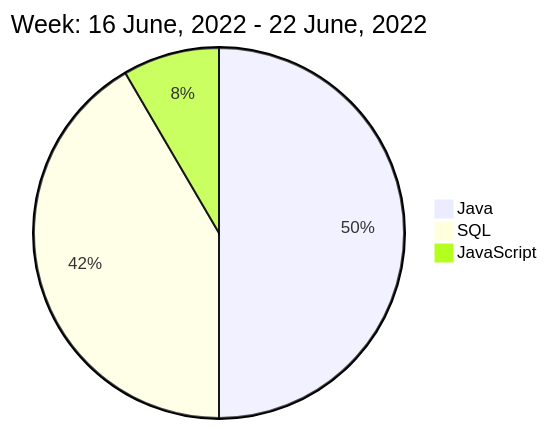
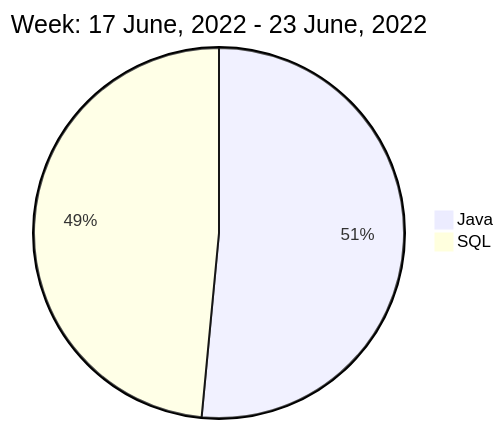
One commit to liubin95/liubin95 changed the diagram in README.md. Above: the diagram before and after it, drawn with Mermaid.

Commit message:
Updated the Graph with new Metrics

````diff
--- a/README.md
+++ b/README.md
@@ -40,7 +40,6 @@
 ```mermaid
  pie
-title Week: 16 June, 2022 - 22 June, 2022
- "Java" : 6.7
- "SQL" : 5.57
- "JavaScript" : 1.13
+title Week: 17 June, 2022 - 23 June, 2022
+ "Java" : 7.22
+ "SQL" : 6.8
 ```
````
